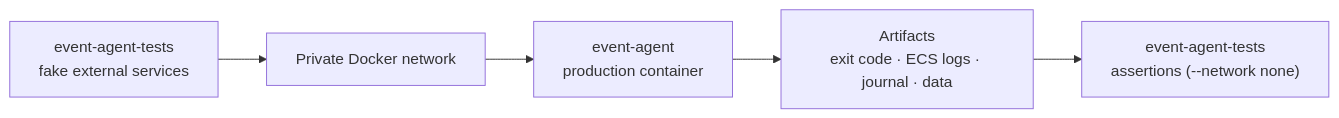
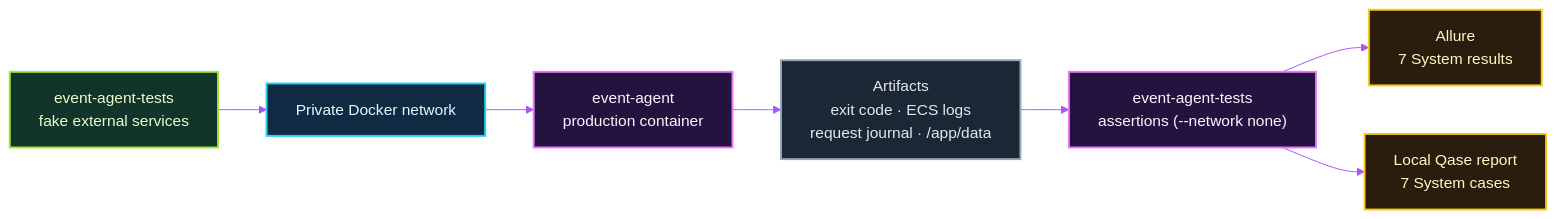
One commit to michalmarczuk/event-agent changed the second of 3 diagrams in docs/TESTING.md. Above: the diagram before and after it, drawn with Mermaid. The commit also changed other lines of this file and 11 other files, not shown here.

Commit message:
Replace architecture PNGs with maintainable Mermaid diagrams

````diff
--- a/docs/TESTING.md
+++ b/docs/TESTING.md
@@ -68,7 +78,21 @@
 ```mermaid
+%%{init: {'theme': 'base', 'themeVariables': {'background': '#07111f', 'primaryColor': '#102a43', 'primaryTextColor': '#e6f7ff', 'primaryBorderColor': '#22d3ee', 'secondaryColor': '#25133f', 'tertiaryColor': '#12352b', 'lineColor': '#a855f7', 'fontFamily': 'ui-sans-serif, system-ui'}}}%%
 flowchart LR
     fake["event-agent-tests\nfake external services"] --> network["Private Docker network"]
     network --> sut["event-agent\nproduction container"]
-    sut --> artifacts["Artifacts\nexit code · ECS logs · journal · data"]
+    sut --> artifacts["Artifacts\nexit code · ECS logs\nrequest journal · /app/data"]
     artifacts --> assertions["event-agent-tests\nassertions (--network none)"]
+    assertions --> allure["Allure\n7 System results"]
+    assertions --> qase["Local Qase report\n7 System cases"]
+
+    classDef lime fill:#12352b,stroke:#a3e635,color:#ecfccb,stroke-width:2px;
+    classDef boundary fill:#102a43,stroke:#22d3ee,color:#e6f7ff,stroke-width:2px;
+    classDef violet fill:#25133f,stroke:#e879f9,color:#fdf4ff,stroke-width:2px;
+    classDef artifact fill:#1b2735,stroke:#94a3b8,color:#e2e8f0,stroke-width:2px;
+    classDef report fill:#2b1d0e,stroke:#facc15,color:#fef9c3,stroke-width:2px;
+    class fake lime;
+    class network boundary;
+    class sut,assertions violet;
+    class artifacts artifact;
+    class allure,qase report;
 ```
````
